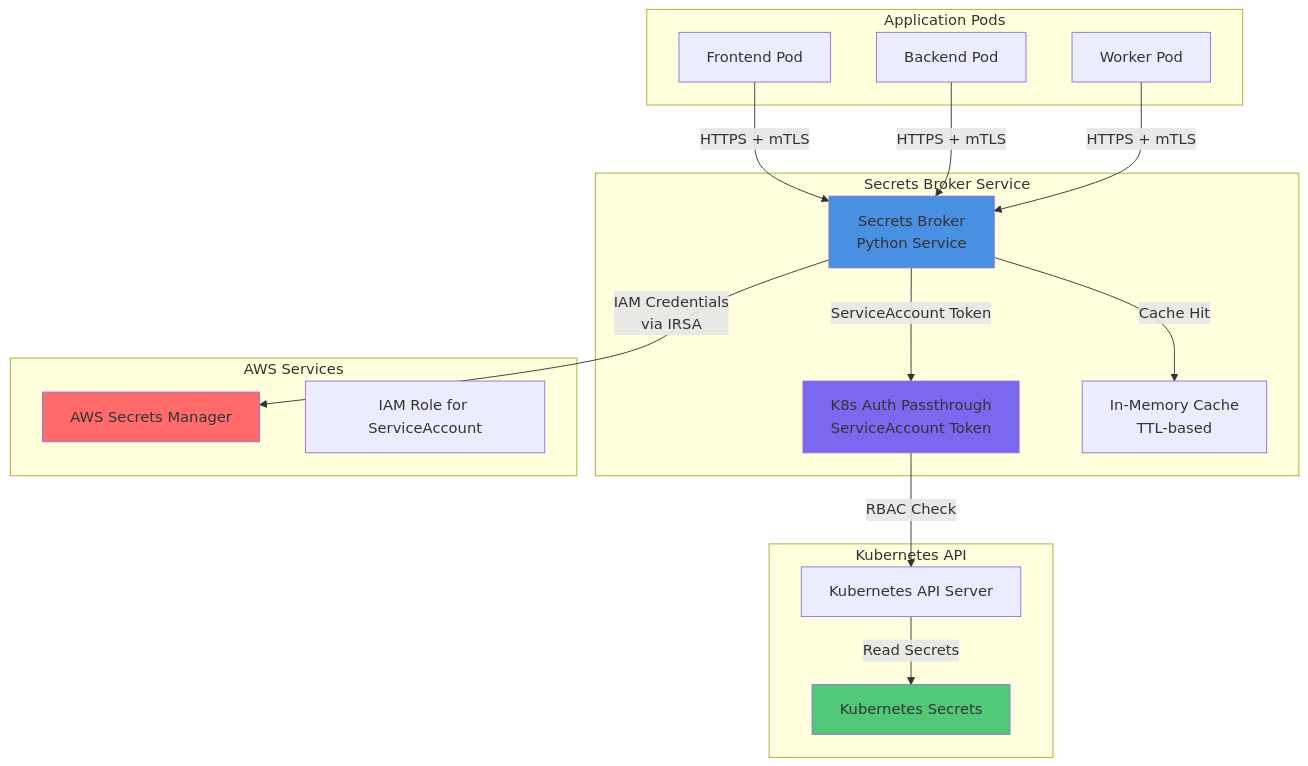
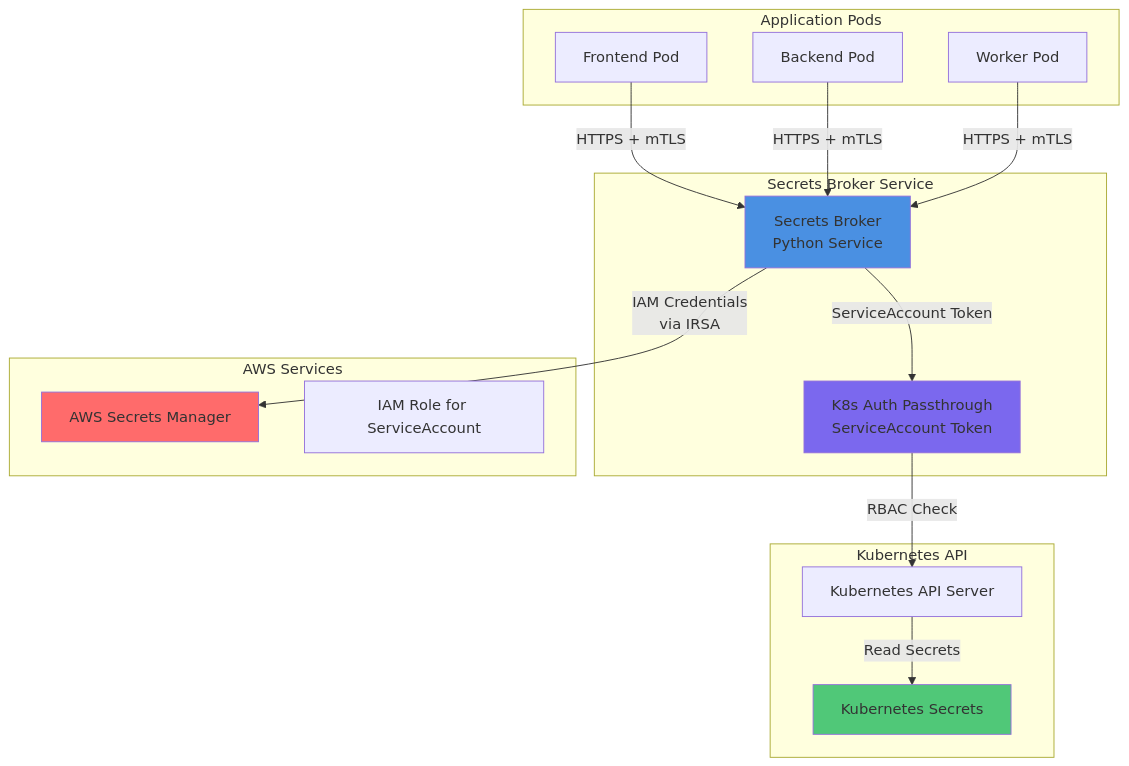
One commit to caretak3r/secrets-router changed the first of 9 diagrams in ADR.md. Above: the diagram before and after it, drawn with Mermaid. The commit also changed other lines of this file, not shown here.

````diff
--- a/ADR.md
+++ b/ADR.md
@@ -35,41 +37,38 @@
 ```mermaid
 graph TB
     subgraph "Application Pods"
         A1[Frontend Pod]
         A2[Backend Pod]
         A3[Worker Pod]
     end
     
     subgraph "Secrets Broker Service"
         SB[Secrets Broker<br/>Python Service]
         AUTH[K8s Auth Passthrough<br/>ServiceAccount Token]
-        CACHE[In-Memory Cache<br/>TTL-based]
     end
     
     subgraph "Kubernetes API"
         K8S_API[Kubernetes API Server]
         K8S_SECRETS[Kubernetes Secrets]
     end
     
     subgraph "AWS Services"
         AWS_SM[AWS Secrets Manager]
         IRSA[IAM Role for ServiceAccount]
     end
     
     A1 -->|HTTPS + mTLS| SB
     A2 -->|HTTPS + mTLS| SB
     A3 -->|HTTPS + mTLS| SB
     
     SB -->|ServiceAccount Token| AUTH
     AUTH -->|RBAC Check| K8S_API
     K8S_API -->|Read Secrets| K8S_SECRETS
     
     SB -->|IAM Credentials<br/>via IRSA| AWS_SM
     
-    SB -->|Cache Hit| CACHE
-    
     style SB fill:#4a90e2
     style AUTH fill:#7b68ee
     style K8S_SECRETS fill:#50c878
     style AWS_SM fill:#ff6b6b
 ```
````
